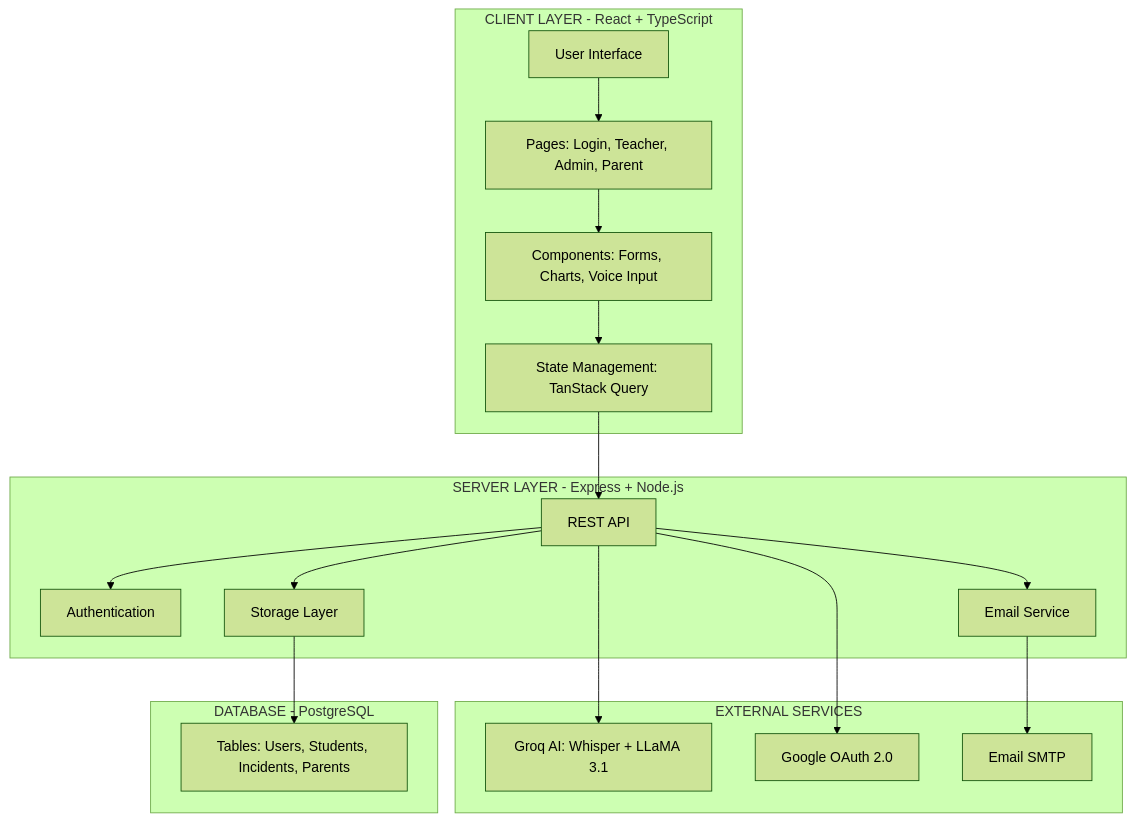
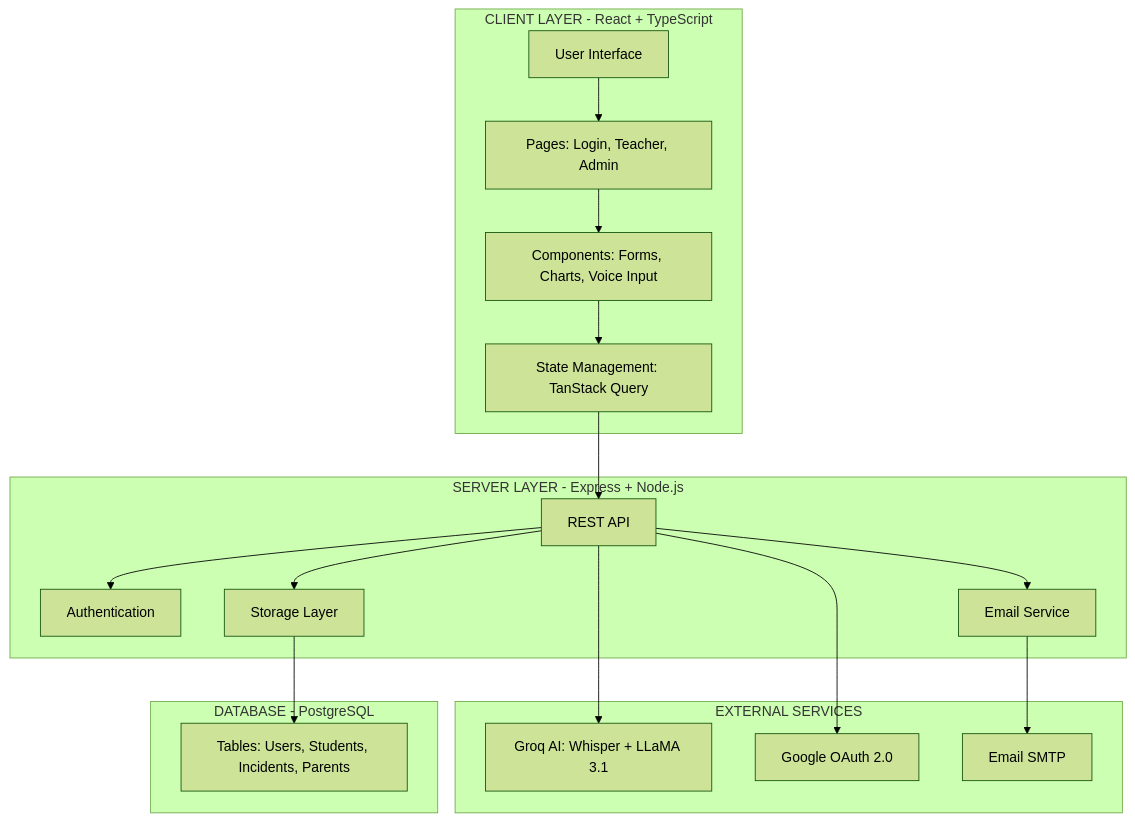
One commit to SALT-Lab-Human-AI/project-check-point-1-ABCapture changed the first of 6 diagrams in app/docs/architecture.md. Above: the diagram before and after it, drawn with Mermaid (forest theme). The commit also changed other lines of this file, not shown here.

First line of the commit message:
Update architecture diagram by removing Parent subgraph

````diff
--- a/app/docs/architecture.md
+++ b/app/docs/architecture.md
@@ -5,41 +5,41 @@
 ```mermaid
 graph TB
     subgraph Client["CLIENT LAYER - React + TypeScript"]
         UI[User Interface]
-        Pages[Pages: Login, Teacher, Admin, Parent]
+        Pages[Pages: Login, Teacher, Admin]
         Components[Components: Forms, Charts, Voice Input]
         State[State Management: TanStack Query]
     end
 
     subgraph Server["SERVER LAYER - Express + Node.js"]
         API[REST API]
         Auth[Authentication]
         Storage[Storage Layer]
         Email[Email Service]
     end
 
     subgraph External["EXTERNAL SERVICES"]
         Groq[Groq AI: Whisper + LLaMA 3.1]
         OAuth[Google OAuth 2.0]
         SMTP[Email SMTP]
     end
 
     subgraph DB["DATABASE - PostgreSQL"]
         Tables[Tables: Users, Students, Incidents, Parents]
     end
 
     UI --> Pages
     Pages --> Components
     Components --> State
     State --> API
     
     API --> Auth
     API --> Storage
     API --> Email
     
     Storage --> Tables
     
     API --> Groq
     API --> OAuth
     Email --> SMTP
 ```
````
